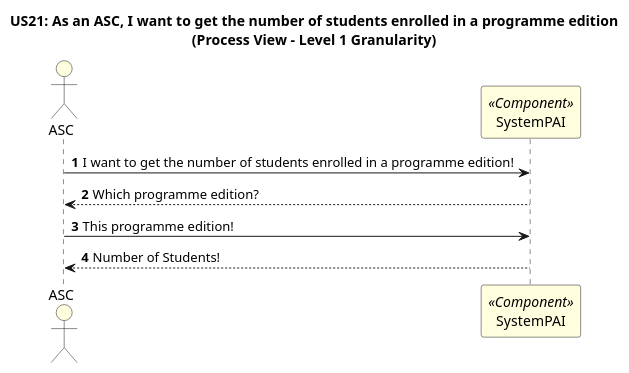
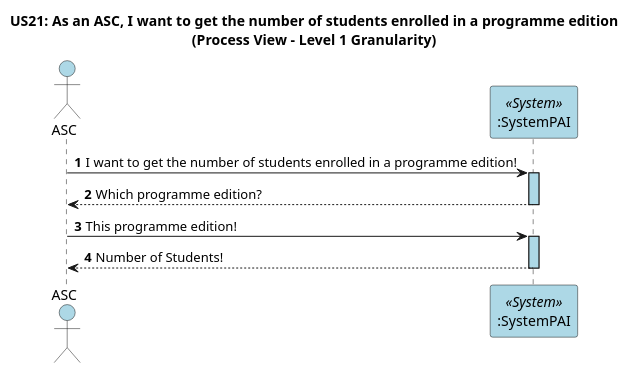
One commit to GasparISEP/DevOps-PAI changed the diagram in docs/US21/Sprint6/ProcessView/Level1Granularity.puml. Above: the diagram before and after it, drawn with PlantUML. The commit also changed 15 other files, not shown here.

Commit message:
change Get number of students enrolled in a programmeEdition diagrams  ref (#534, #542, #539)

```diff
--- a/docs/US21/Sprint6/ProcessView/Level1Granularity.puml
+++ b/docs/US21/Sprint6/ProcessView/Level1Granularity.puml
@@ -1,13 +1,16 @@
 @startuml
 
 title:US21: As an ASC, I want to get the number of students enrolled in a programme edition\n(Process View - Level 1 Granularity)
 autonumber
 
-actor ASC #lightyellow
-participant SystemPAI as SystemPAI <<Component>> #lightyellow
+actor ASC #lightblue
+participant SystemPAI as ":SystemPAI" <<System>> #lightblue
 ASC -> SystemPAI:  I want to get the number of students enrolled in a programme edition!
+activate SystemPAI #lightblue
 SystemPAI --> ASC -- : Which programme edition?
+deactivate SystemPAI
 ASC -> SystemPAI: This programme edition!
+activate SystemPAI #lightblue
 SystemPAI --> ASC -- : Number of Students!
-
+deactivate SystemPAI
 @enduml
```
